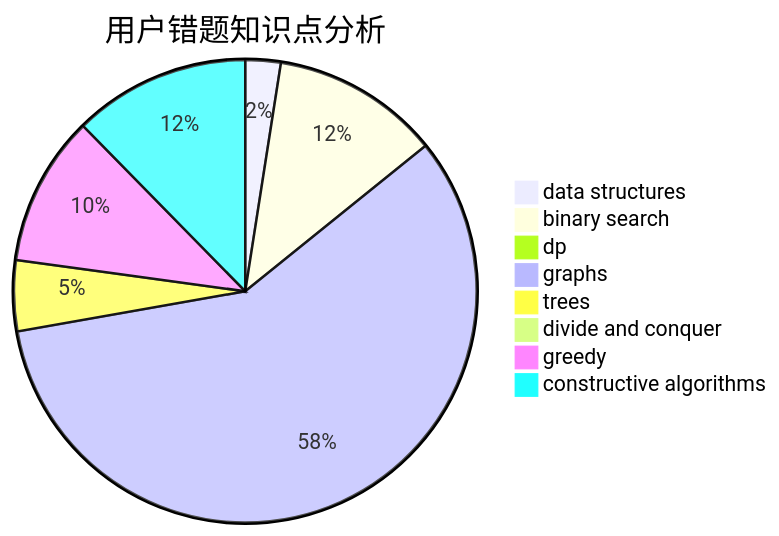
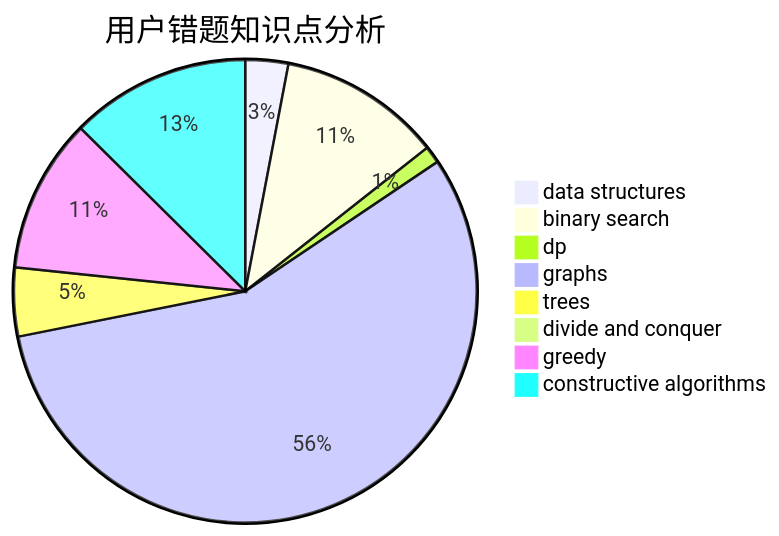
One commit to sherpahu/cfrs.github.io changed the third of 3 diagrams in docs/user/u1777.md. Above: the diagram before and after it, drawn with Mermaid. The commit also changed other lines of this file and 2770 other files, not shown here.

````diff
--- a/docs/user/u1777.md
+++ b/docs/user/u1777.md
@@ -36,11 +36,11 @@
 ```mermaid
 pie title 用户错题知识点分析
-    "data structures" :  4
+    "data structures" :  5
     "binary search" :  19
-    "dp" :  1
+    "dp" :  2
     "graphs" :  94
     "trees" :  8
     "divide and conquer" :  0
-    "greedy" :  17
-    "constructive algorithms" :  20
+    "greedy" :  18
+    "constructive algorithms" :  21
 ```
````
